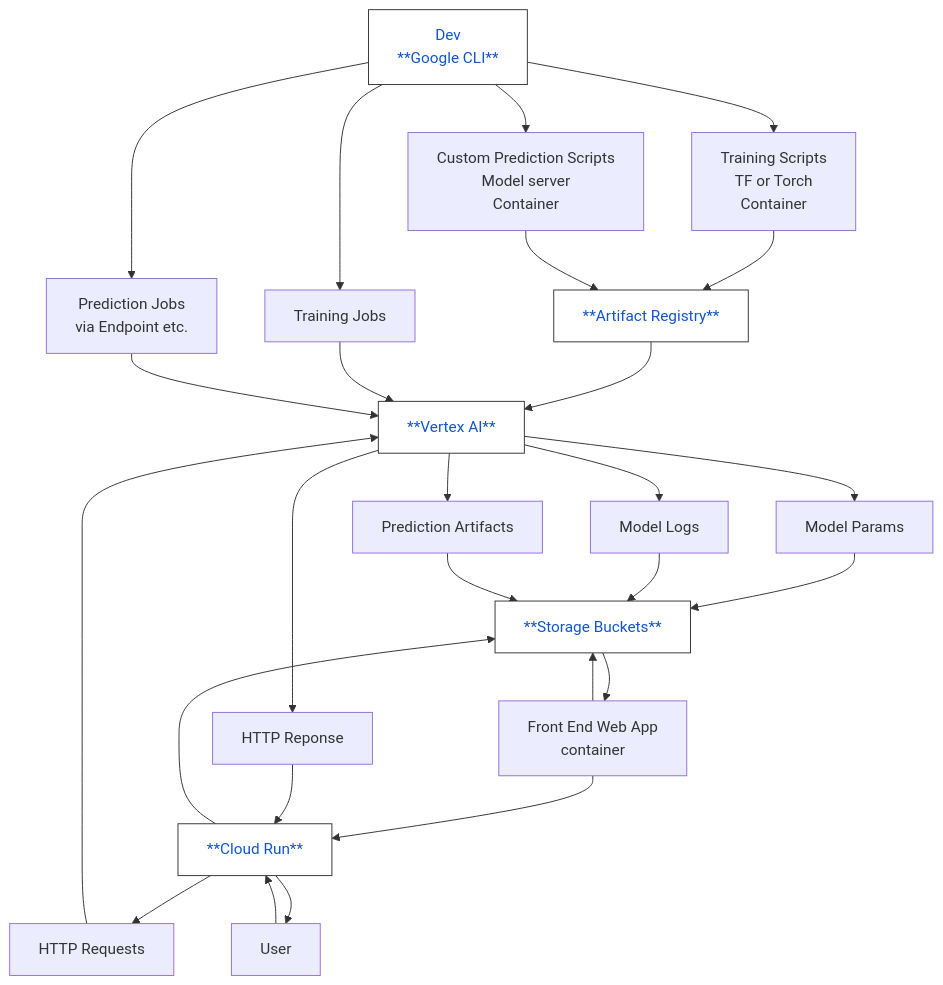
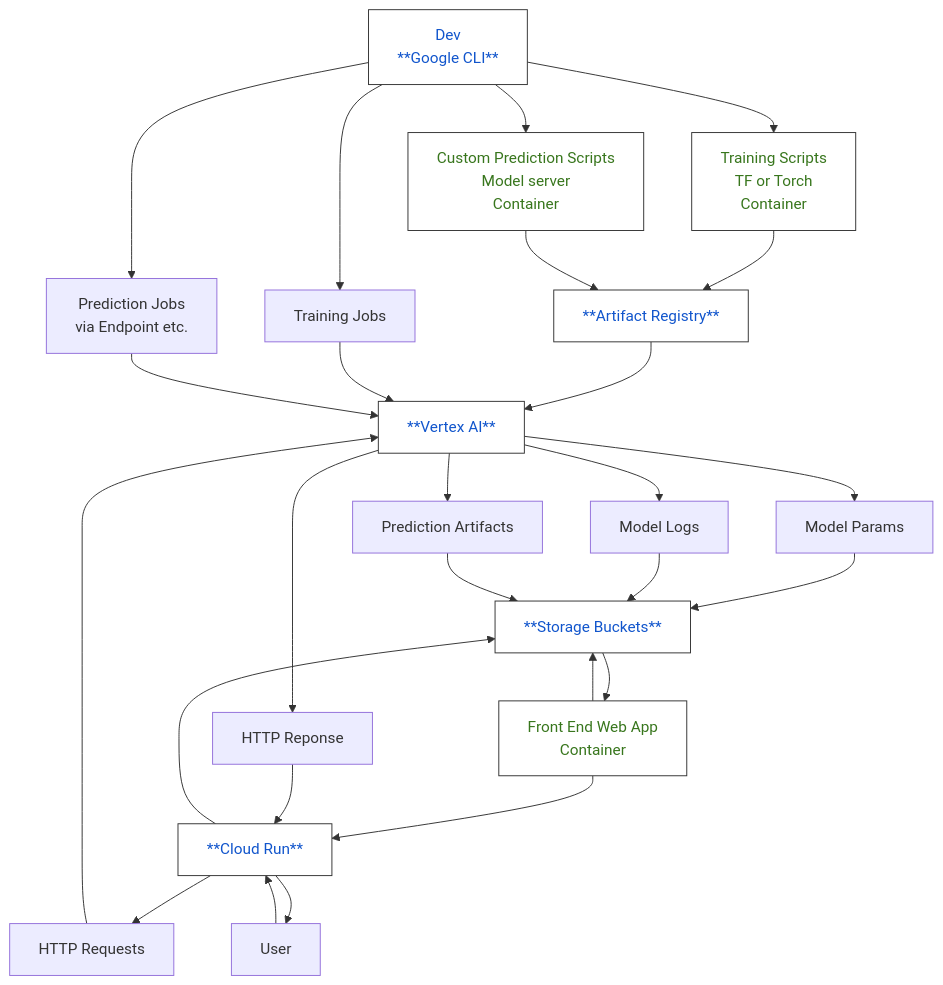
The diagram in ReadMe.md (nuEGil/NotesOnTextTasks), drawn with Mermaid before and after one commit.

````diff
--- a/ReadMe.md
+++ b/ReadMe.md
@@ -41,43 +41,44 @@
 ```mermaid
 graph TD;
 
     %% Training + Containers
     A[Training Scripts<br/>TF or Torch<br/>Container] --> C[**Artifact Registry**]
 
     %% Prediction scripts to Artifact Registry
     D[Custom Prediction Scripts<br/>Model server<br/>Container] --> C
 
     %% Vertex AI jobs
     C --> E[**Vertex AI**]
     F[Training Jobs] --> E
     G[Prediction Jobs<br/>via Endpoint etc.] --> E
 
     %% Model outputs
     E --> H[Model Params] & I[Model Logs] & J[Prediction Artifacts]
     H & I & J --> K[**Storage Buckets**]
 
     %% Frontend + Cloud Run
-    L[Front End Web App<br/>container] --> N[**Cloud Run**]
+    L[Front End Web App<br/>Container] --> N[**Cloud Run**]
     N --> O[HTTP Requests];
     E-->Z[HTTP Reponse];
     Z-->N;
     N-->K;
     O --> E;
     K --> L;
     P[User] --> N;
     N-->P;
 
     %% Dev tools
     Q[Dev<br/>**Google CLI**] --> F & G & A & D
     L --> K
 
     %% Define classes
     classDef yellowText color:#e69138,fill:#fff,stroke:#333,stroke-width:1px;
     classDef greenText color:#38761d,fill:#fff,stroke:#333,stroke-width:1px;
     classDef blueText color:#1155cc,fill:#fff,stroke:#333,stroke-width:1px;
 
     %% Apply classes
 
     class C,E,K,Q,N blueText;
+    class A,D,L greenText;
 
 ```
````
